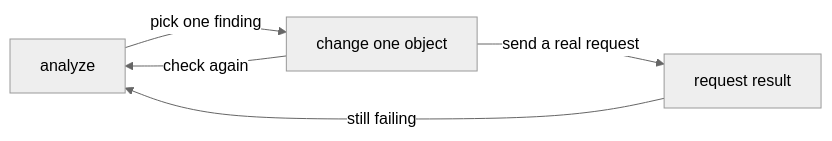
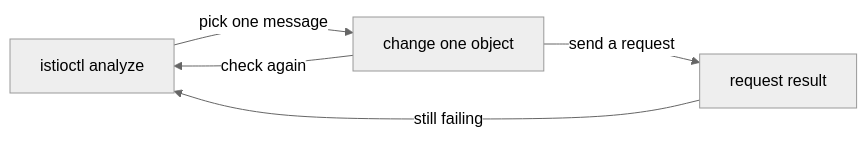
Before and after one commit to astrona-io/ATS016: the diagram in sections/section-010/module-01/course-03-analysis-sources-and-the-fix-loop.md, drawn with Mermaid (neutral theme). The commit also changed other lines of this file and 11 other files, not shown here.

````diff
--- a/sections/section-010/module-01/course-03-analysis-sources-and-the-fix-loop.md
+++ b/sections/section-010/module-01/course-03-analysis-sources-and-the-fix-loop.md
@@ -172,7 +155,7 @@
 ```mermaid
 flowchart LR
-    A["analyze"] -->|"pick one finding"| C["change one object"]
+    A["istioctl analyze"] -->|"pick one message"| C["change one object"]
     C -->|"check again"| A
-    C -->|"send a real request"| R["request result"]
+    C -->|"send a request"| R["request result"]
     R -->|"still failing"| A
 ```
````
